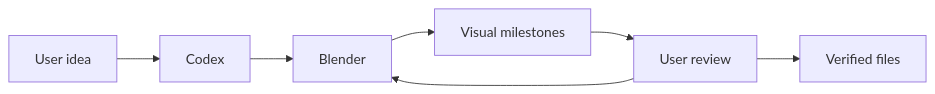
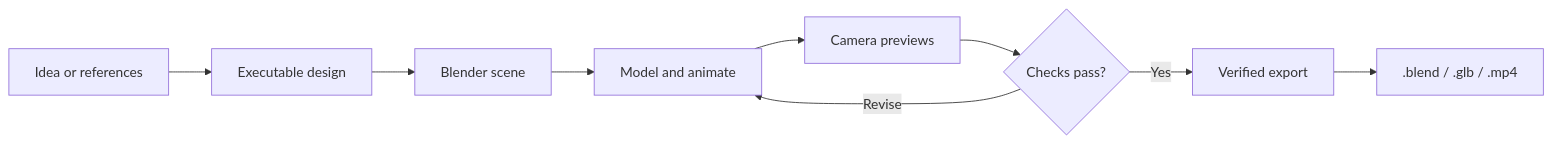
The first of 2 diagrams in README.md (full-aigc-plugins/blender-design-plugin), drawn with Mermaid before and after one commit. The commit also changed other lines of this file and 7 other files, not shown here.

Commit message:
docs: showcase Codex Blender workflow

````diff
--- a/README.md
+++ b/README.md
@@ -14,7 +23,11 @@
 ```mermaid
 flowchart LR
-    Idea[User idea] --> Codex --> Blender --> Preview[Visual milestones]
-    Preview --> Review[User review]
-    Review --> Blender
-    Review --> Export[Verified files]
+    A[Idea or references] --> B[Executable design]
+    B --> C[Blender scene]
+    C --> D[Model and animate]
+    D --> E[Camera previews]
+    E --> F{Checks pass?}
+    F -->|Revise| D
+    F -->|Yes| G[Verified export]
+    G --> H[.blend / .glb / .mp4]
 ```
````
